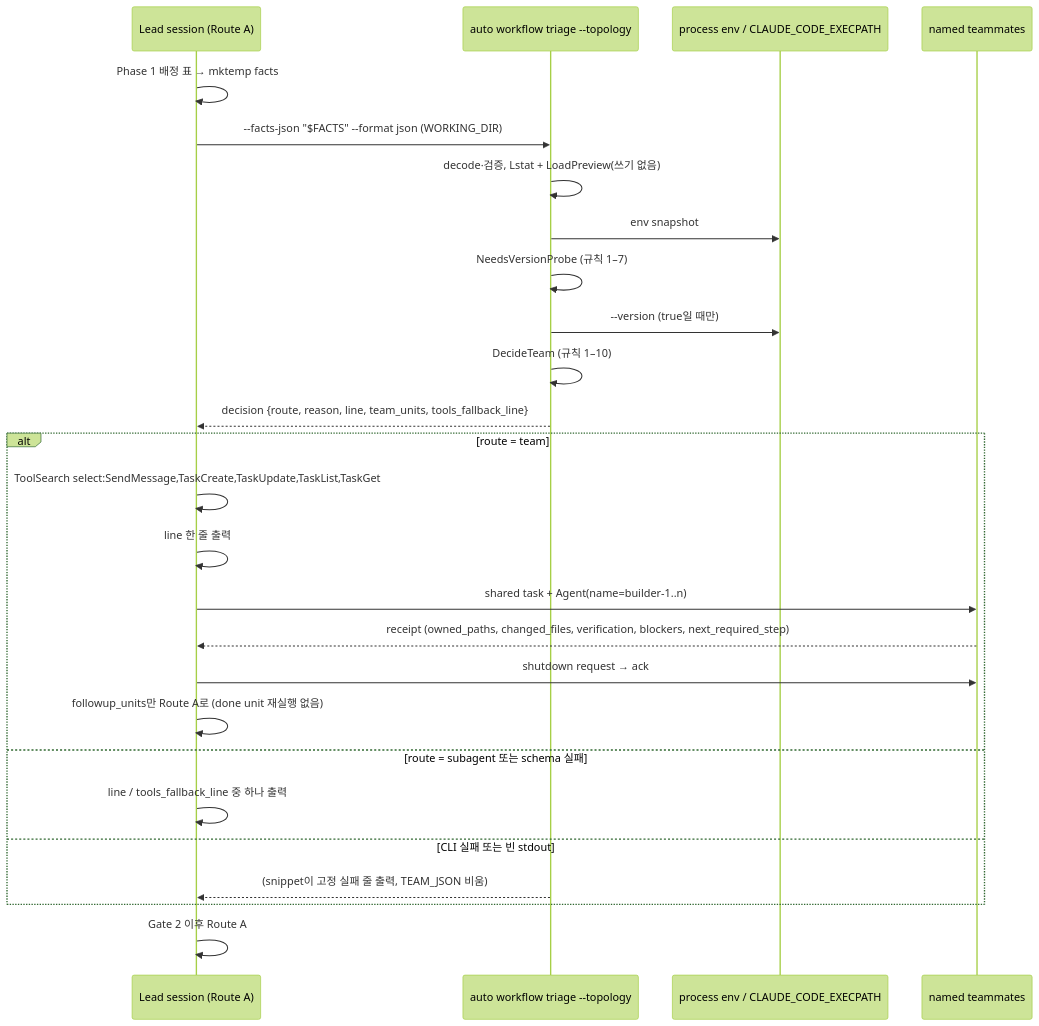
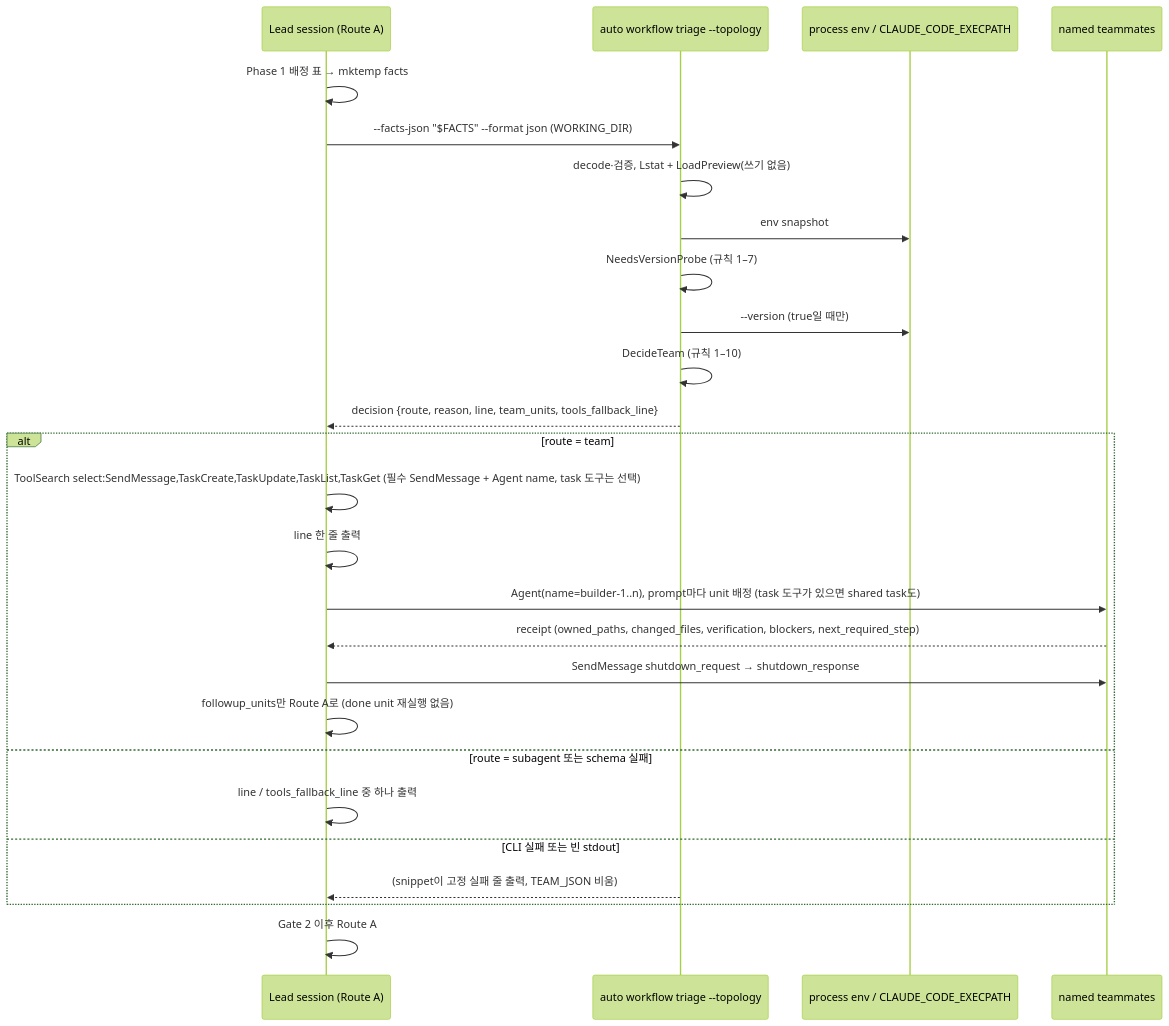
Before and after one commit to Oscar-Williams/autopus-adk: the diagram in .autopus/specs/SPEC-TEAMAUTO-001/plan.md, drawn with Mermaid (forest theme). The commit also changed other lines of this file and 16 other files, not shown here.

````diff
--- a/.autopus/specs/SPEC-TEAMAUTO-001/plan.md
+++ b/.autopus/specs/SPEC-TEAMAUTO-001/plan.md
@@ -31,28 +32,28 @@
 ```mermaid
 sequenceDiagram
   participant L as Lead session (Route A)
   participant C as auto workflow triage --topology
   participant E as process env / CLAUDE_CODE_EXECPATH
   participant T as named teammates
   L->>L: Phase 1 배정 표 → mktemp facts
   L->>C: --facts-json "$FACTS" --format json (WORKING_DIR)
   C->>C: decode·검증, Lstat + LoadPreview(쓰기 없음)
   C->>E: env snapshot
   C->>C: NeedsVersionProbe (규칙 1–7)
   C->>E: --version (true일 때만)
   C->>C: DecideTeam (규칙 1–10)
   C-->>L: decision {route, reason, line, team_units, tools_fallback_line}
   alt route = team
-    L->>L: ToolSearch select:SendMessage,TaskCreate,TaskUpdate,TaskList,TaskGet
+    L->>L: ToolSearch select:SendMessage,TaskCreate,TaskUpdate,TaskList,TaskGet (필수 SendMessage + Agent name, task 도구는 선택)
     L->>L: line 한 줄 출력
-    L->>T: shared task + Agent(name=builder-1..n)
+    L->>T: Agent(name=builder-1..n), prompt마다 unit 배정 (task 도구가 있으면 shared task도)
     T-->>L: receipt (owned_paths, changed_files, verification, blockers, next_required_step)
-    L->>T: shutdown request → ack
+    L->>T: SendMessage shutdown_request → shutdown_response
     L->>L: followup_units만 Route A로 (done unit 재실행 없음)
   else route = subagent 또는 schema 실패
     L->>L: line / tools_fallback_line 중 하나 출력
   else CLI 실패 또는 빈 stdout
     C-->>L: (snippet이 고정 실패 줄 출력, TEAM_JSON 비움)
   end
   L->>L: Gate 2 이후 Route A
 ```
````
